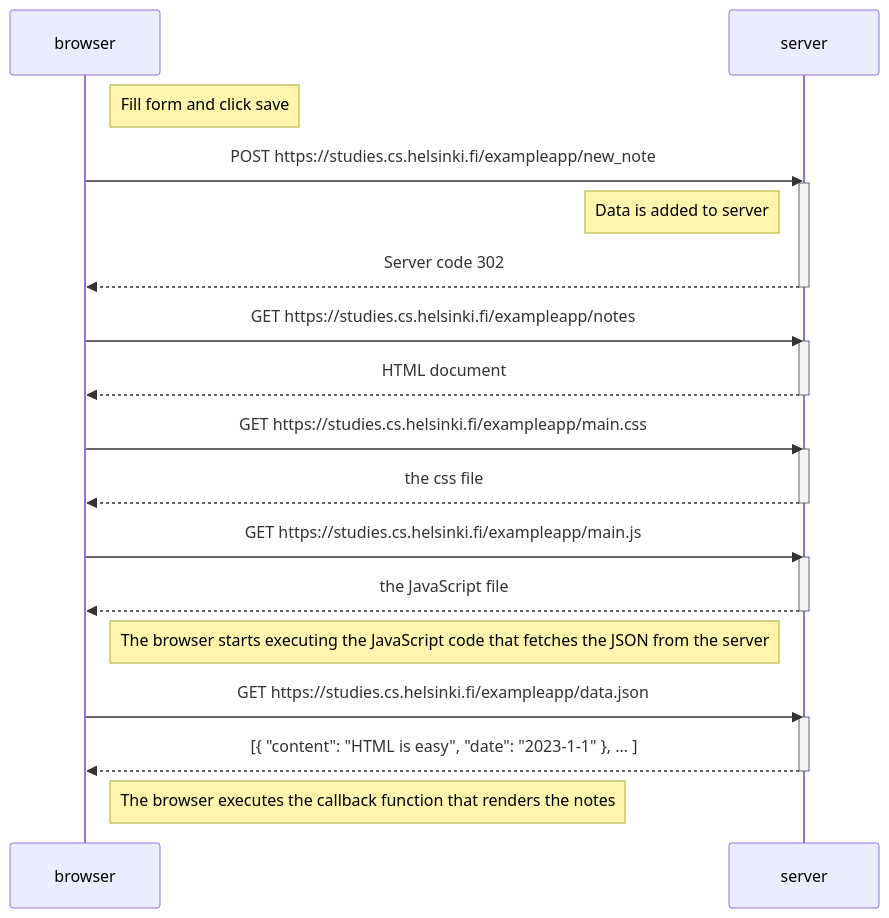
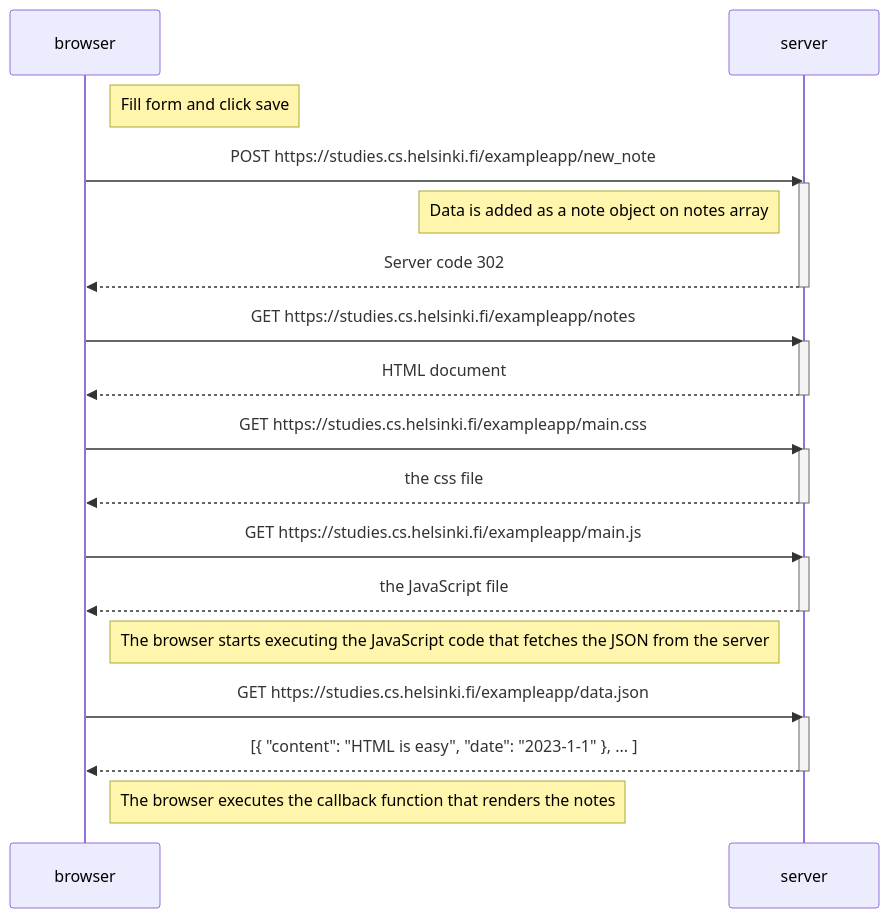
One commit to Tedrivs/part0 changed the diagram in New note diagram.mmd. Above: the diagram before and after it, drawn with Mermaid.

Commit message:
Update New note diagram.mmd

```diff
--- a/New note diagram.mmd
+++ b/New note diagram.mmd
@@ -1,35 +1,35 @@
 sequenceDiagram
     participant browser
     participant server
 
     Note right of browser: Fill form and click save
 
     browser->>server: POST https://studies.cs.helsinki.fi/exampleapp/new_note
     activate server
-    Note left of server: Data is added to server
+    Note left of server: Data is added as a note object on notes array
     server-->>browser: Server code 302
     deactivate server
 
     browser->>server: GET https://studies.cs.helsinki.fi/exampleapp/notes
     activate server
     server-->>browser: HTML document
     deactivate server
 
     browser->>server: GET https://studies.cs.helsinki.fi/exampleapp/main.css
     activate server
     server-->>browser: the css file
     deactivate server
 
     browser->>server: GET https://studies.cs.helsinki.fi/exampleapp/main.js
     activate server
     server-->>browser: the JavaScript file
     deactivate server
 
     Note right of browser: The browser starts executing the JavaScript code that fetches the JSON from the server
 
     browser->>server: GET https://studies.cs.helsinki.fi/exampleapp/data.json
     activate server
     server-->>browser: [{ "content": "HTML is easy", "date": "2023-1-1" }, ... ]
     deactivate server
 
     Note right of browser: The browser executes the callback function that renders the notes
```
